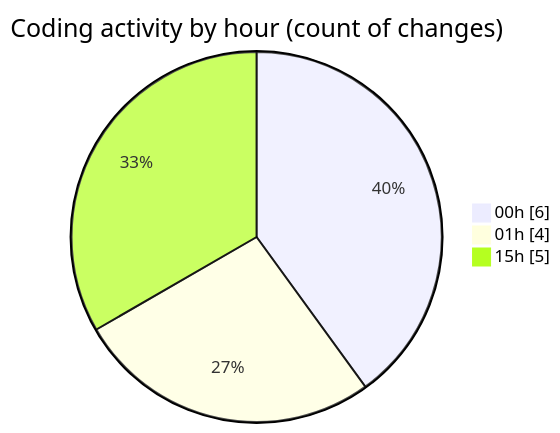
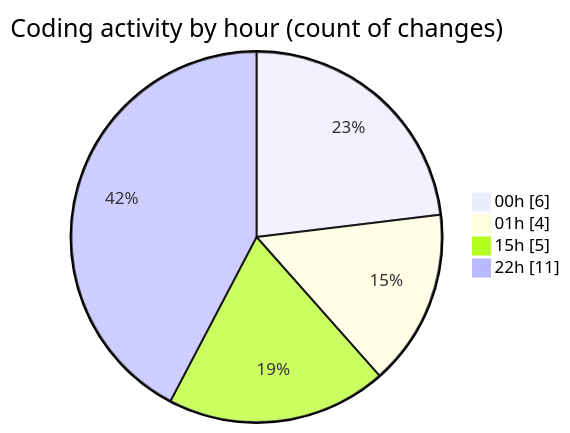
One commit to Netris89/code-tracking changed the second of 2 diagrams in 2025-04-27/date/README.md. Above: the diagram before and after it, drawn with Mermaid. The commit also changed other lines of this file and 1 other file, not shown here.

````diff
--- a/2025-04-27/date/README.md
+++ b/2025-04-27/date/README.md
@@ -30,7 +31,8 @@
 ```mermaid
 pie showData
 title Coding activity by hour (count of changes)
 "00h" : 6
 "01h" : 4
 "15h" : 5
+"22h" : 11
 ```
````
